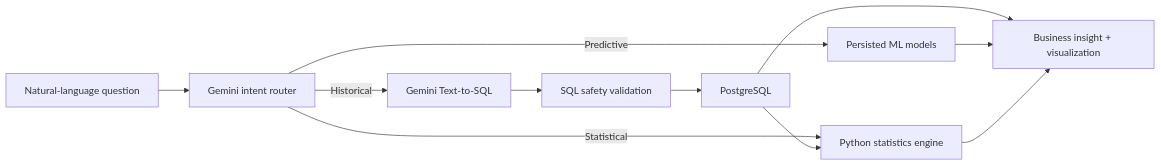
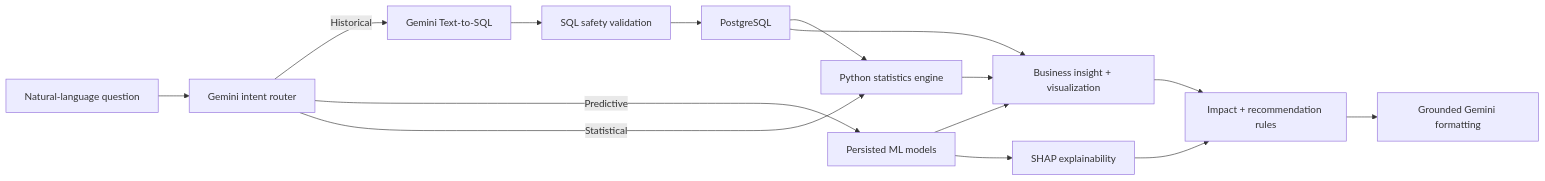
Before and after one commit to Pardhu156/Enterprise-AI-SQL-Analytics-Copilot: the first of 7 diagrams in README.md, drawn with Mermaid. The commit also changed other lines of this file and 36 other files, not shown here.

Commit message:
Phase 7C : Explainability and Business impact

````diff
--- a/README.md
+++ b/README.md
@@ -19,13 +19,17 @@
 ```mermaid
 flowchart LR
     Q["Natural-language question"] --> R["Gemini intent router"]
     R -->|"Historical"| G["Gemini Text-to-SQL"]
     G --> V["SQL safety validation"]
     V --> P["PostgreSQL"]
     R -->|"Predictive"| M["Persisted ML models"]
     R -->|"Statistical"| ST["Python statistics engine"]
     P --> ST
     P --> O["Business insight + visualization"]
     M --> O
     ST --> O
+    M --> X["SHAP explainability"]
+    O --> B["Impact + recommendation rules"]
+    X --> B
+    B --> F["Grounded Gemini formatting"]
 ```
````
